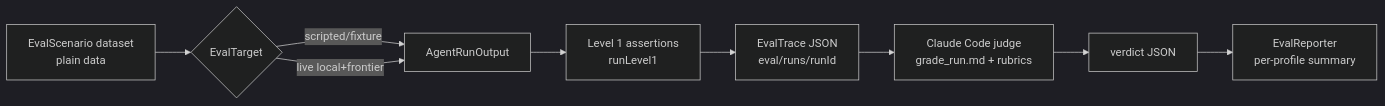
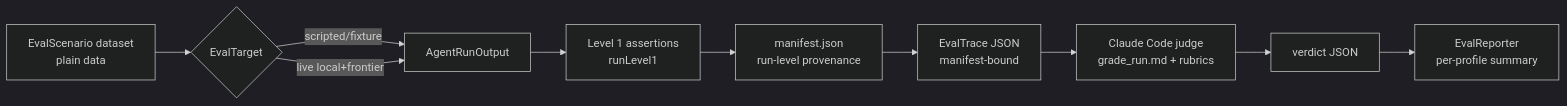
The diagram in eval/README.md (matthiasn/lotti), drawn with Mermaid (dark theme) before and after one commit. The commit also changed other lines of this file and 59 other files, not shown here.

````diff
--- a/eval/README.md
+++ b/eval/README.md
@@ -35,11 +37,12 @@
 ```mermaid
 flowchart LR
   DS[EvalScenario dataset<br/>plain data] --> T{EvalTarget}
   T -->|scripted/fixture| O[AgentRunOutput]
   T -->|live local+frontier| O
   O --> L1[Level 1 assertions<br/>runLevel1]
-  L1 --> TR[EvalTrace JSON<br/>eval/runs/runId]
+  L1 --> M[manifest.json<br/>run-level provenance]
+  M --> TR[EvalTrace JSON<br/>manifest-bound]
   TR --> J[Claude Code judge<br/>grade_run.md + rubrics]
   J --> V[verdict JSON]
   V --> REP[EvalReporter<br/>per-profile summary]
 ```
````
